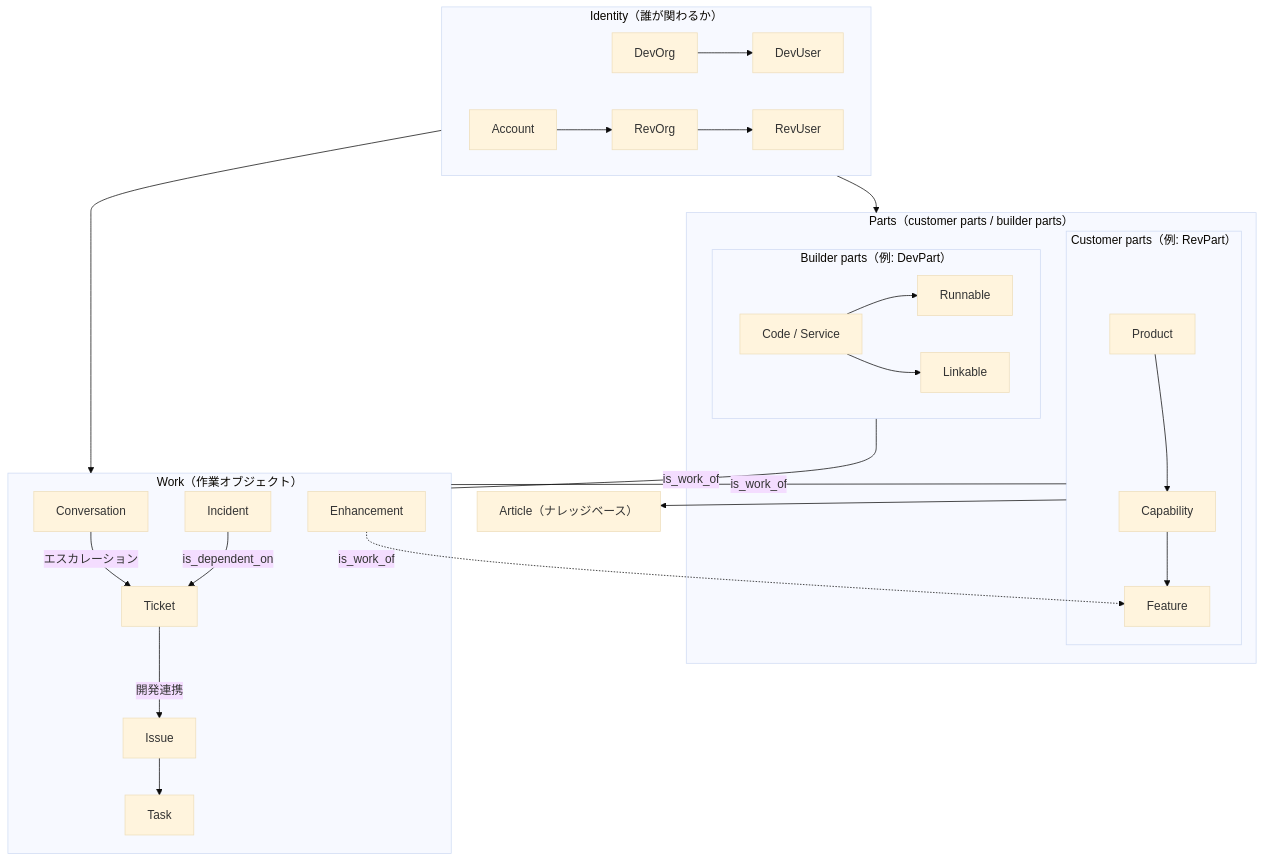
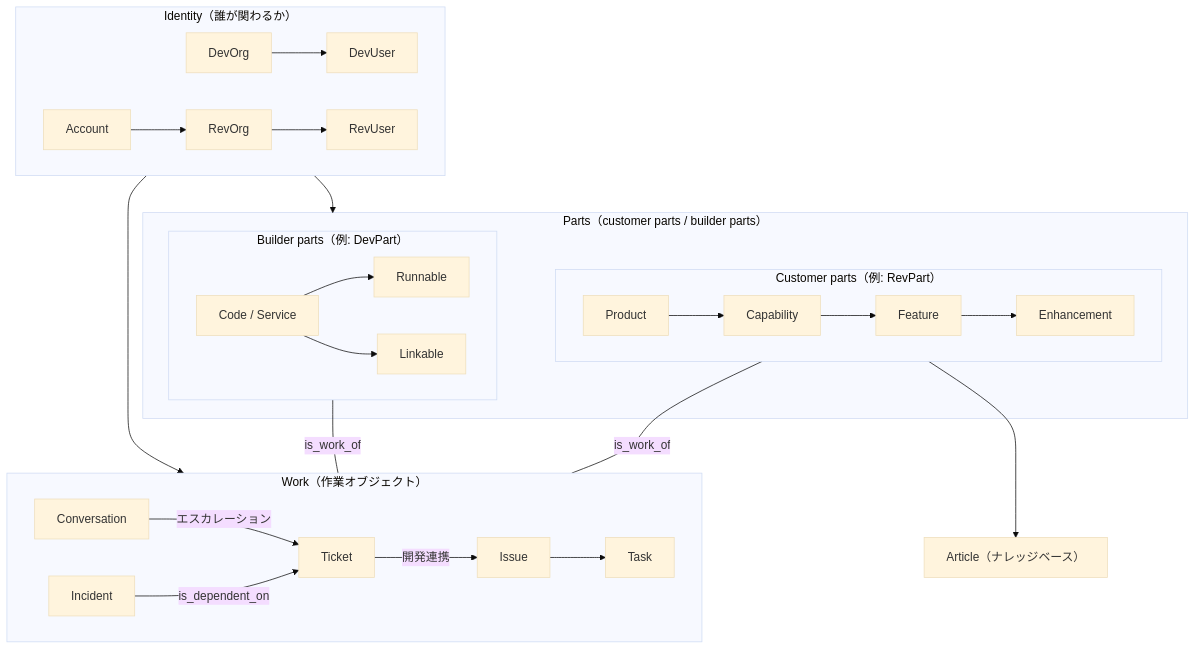
The diagram in docs/ja/architecture.md (takanorisuzuki/devrev-guide), drawn with Mermaid (base theme) before and after one commit. The commit also changed other lines of this file and 5 other files, not shown here.

First line of the commit message:
fix(docs): DevRev Computer準拠 — EnhancementをPart階層末端に戻し、s03/s07とarchitectureを整合

````diff
--- a/docs/ja/architecture.md
+++ b/docs/ja/architecture.md
@@ -14,32 +14,31 @@
 ```mermaid
 graph TB
     subgraph Identity["Identity（誰が関わるか）"]
         DevOrg --> DevUser
         Account --> RevOrg --> RevUser
     end
 
     subgraph Parts["Parts（customer parts / builder parts）"]
         subgraph CustomerParts["Customer parts（例: RevPart）"]
             Product --> Capability --> Feature
+            Feature --> Enhancement
         end
         subgraph BuilderParts["Builder parts（例: DevPart）"]
             CodeService["Code / Service"] --> Runnable
             CodeService --> Linkable
         end
     end
 
     subgraph Work["Work（作業オブジェクト）"]
         Conversation -->|エスカレーション| Ticket
         Ticket -->|開発連携| Issue
         Issue --> Task
-        Enhancement
         Incident -->|is_dependent_on| Ticket
     end
 
-    Enhancement -.->|is_work_of| Feature
     CustomerParts ---|is_work_of| Work
     BuilderParts ---|is_work_of| Work
     CustomerParts --> Article["Article（ナレッジベース）"]
     Identity --> Parts
     Identity --> Work
 ```
````
